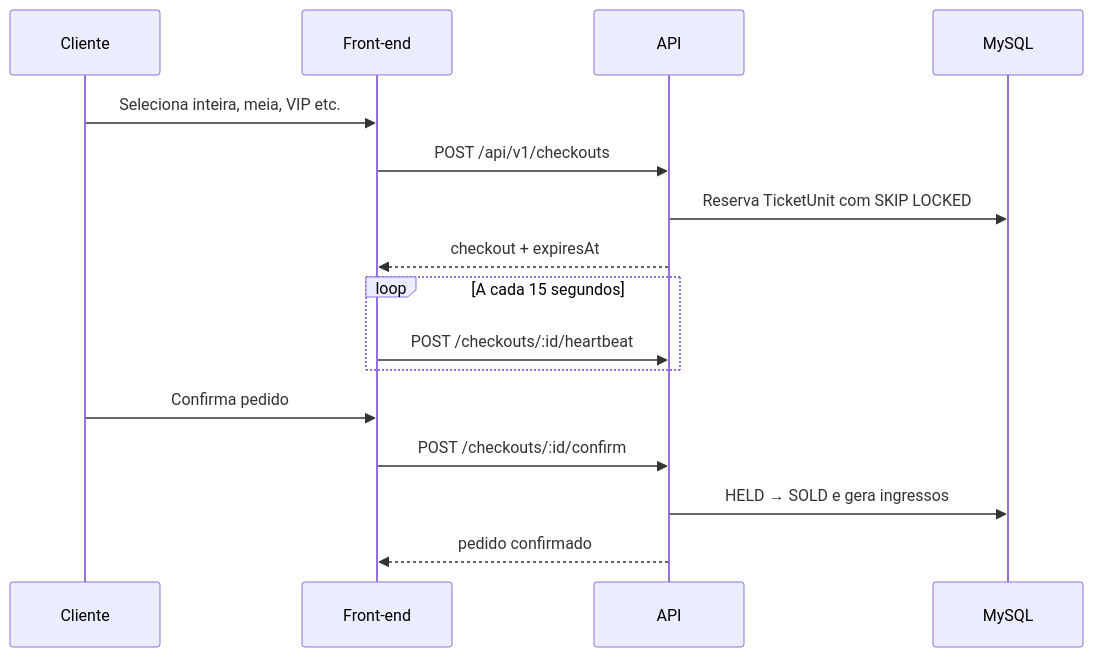
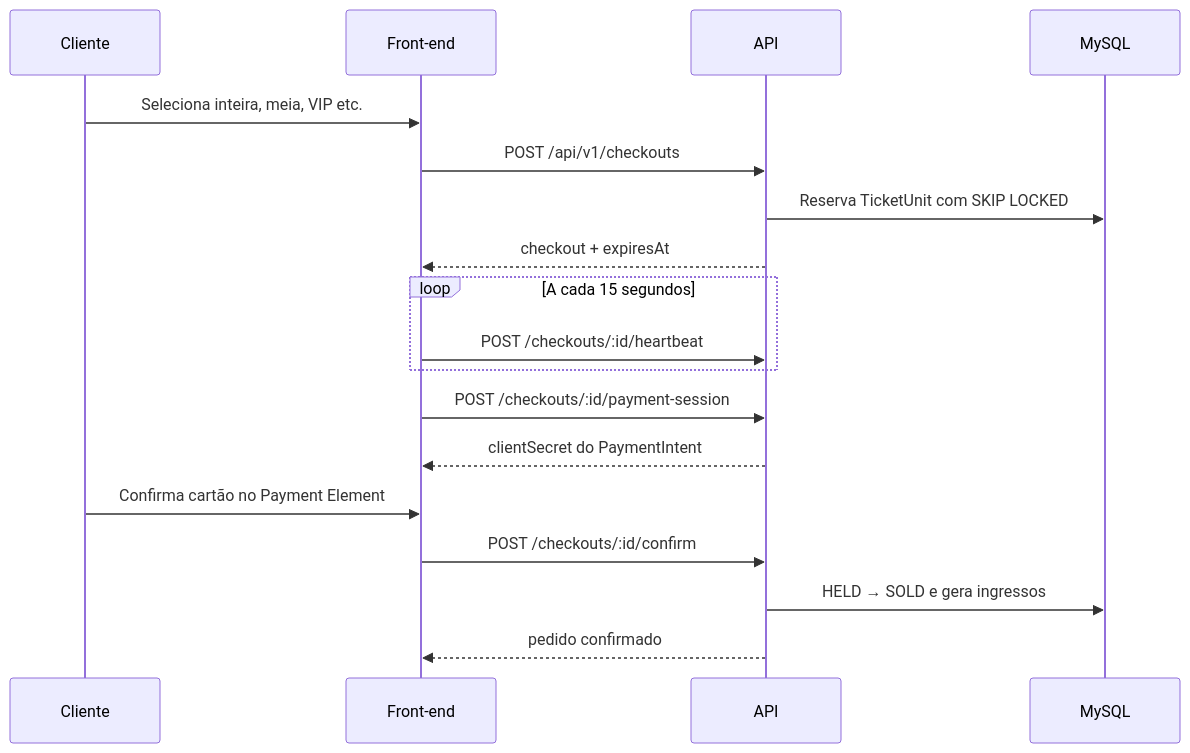
The diagram in backend/README.md (Rcorrea07/E-Commerce-Ingressos-para-Eventos-Locais-), drawn with Mermaid before and after one commit. The commit also changed other lines of this file and 49 other files, not shown here.

````diff
--- a/backend/README.md
+++ b/backend/README.md
@@ -15,19 +15,21 @@
 ```mermaid
 sequenceDiagram
     participant U as Cliente
     participant F as Front-end
     participant A as API
     participant D as MySQL
 
     U->>F: Seleciona inteira, meia, VIP etc.
     F->>A: POST /api/v1/checkouts
     A->>D: Reserva TicketUnit com SKIP LOCKED
     A-->>F: checkout + expiresAt
     loop A cada 15 segundos
         F->>A: POST /checkouts/:id/heartbeat
     end
-    U->>F: Confirma pedido
+    F->>A: POST /checkouts/:id/payment-session
+    A-->>F: clientSecret do PaymentIntent
+    U->>F: Confirma cartão no Payment Element
     F->>A: POST /checkouts/:id/confirm
     A->>D: HELD → SOLD e gera ingressos
     A-->>F: pedido confirmado
 ```
````
